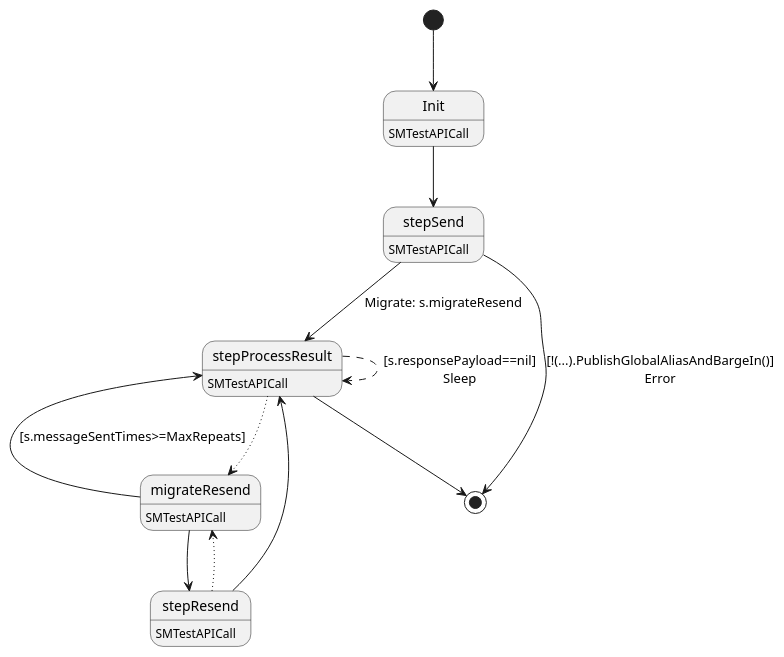
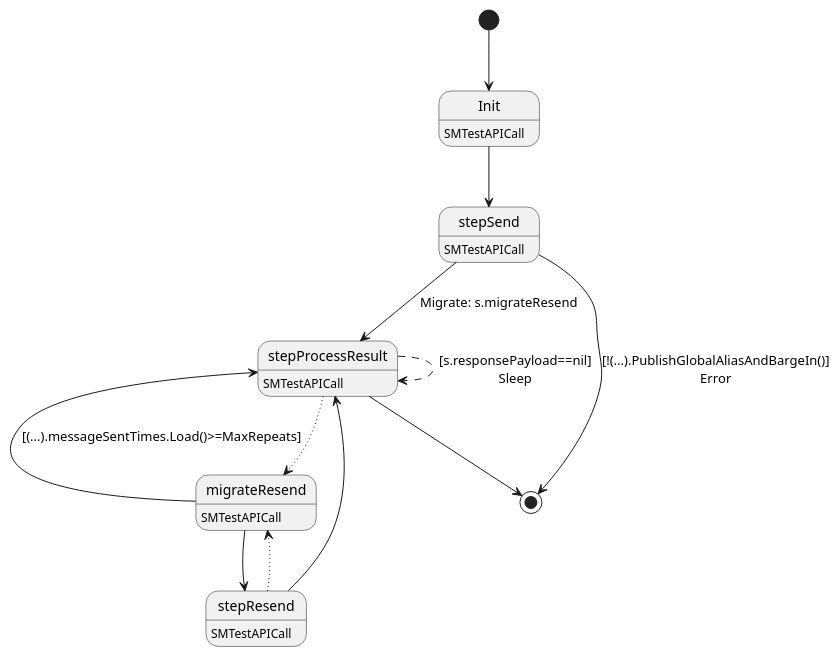
The diagram in ledger-core/application/testwalletapi/statemachine/statemachine.plantuml (insolar/assured-ledger), drawn with PlantUML before and after one commit.

Commit message:
Generate fix

```diff
--- a/ledger-core/application/testwalletapi/statemachine/statemachine.plantuml
+++ b/ledger-core/application/testwalletapi/statemachine/statemachine.plantuml
@@ -1,23 +1,23 @@
 @startuml
 state "Init" as T00_S001
 T00_S001 : SMTestAPICall
 [*] --> T00_S001
 T00_S001 --> T00_S002
 state "migrateResend" as T00_S004
 T00_S004 : SMTestAPICall
-T00_S004 --> T00_S005 : [s.messageSentTimes>=MaxRepeats]
+T00_S004 --> T00_S005 : [(...).messageSentTimes.Load()>=MaxRepeats]
 T00_S004 --> T00_S003
 state "stepProcessResult" as T00_S005
 T00_S005 : SMTestAPICall
 T00_S005 --[dotted]> T00_S004
 T00_S005 --[dashed]> T00_S005 : [s.responsePayload==nil]\nSleep
 T00_S005 --> [*]
 state "stepResend" as T00_S003
 T00_S003 : SMTestAPICall
 T00_S003 --[dotted]> T00_S004
 T00_S003 --> T00_S005
 state "stepSend" as T00_S002
 T00_S002 : SMTestAPICall
 T00_S002 --> [*] : [!(...).PublishGlobalAliasAndBargeIn()]\nError
 T00_S002 --> T00_S005 : Migrate: s.migrateResend
 @enduml
```
